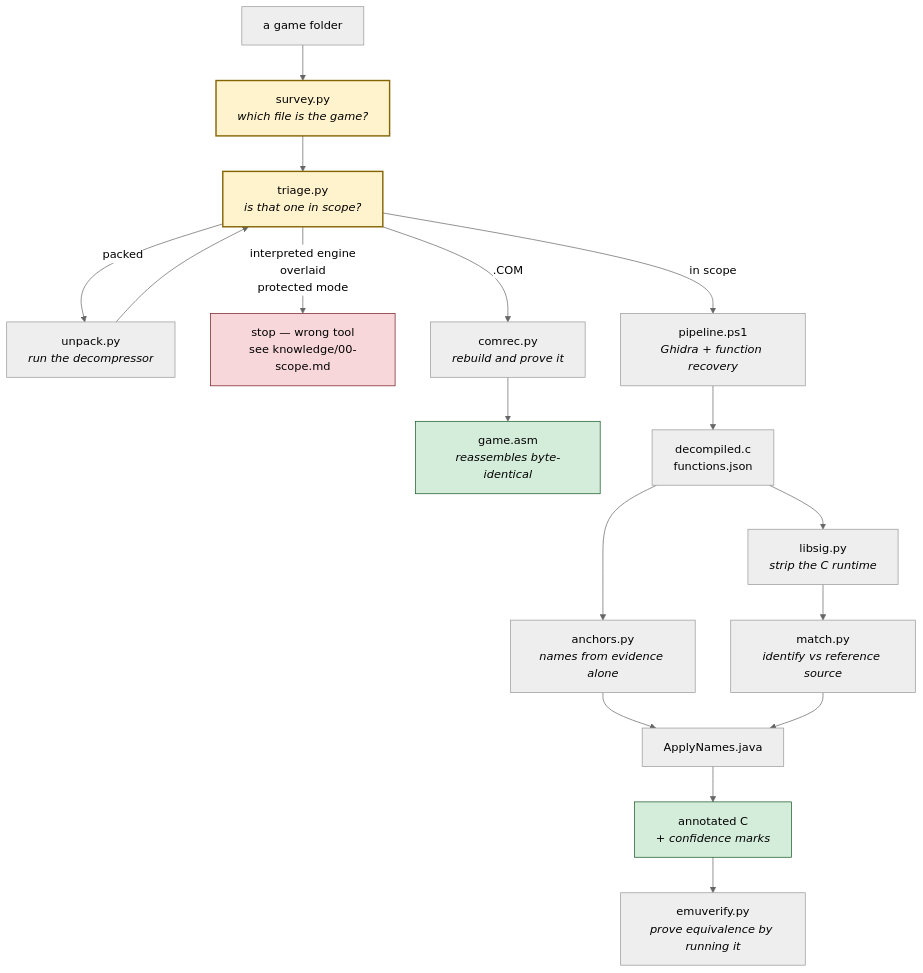
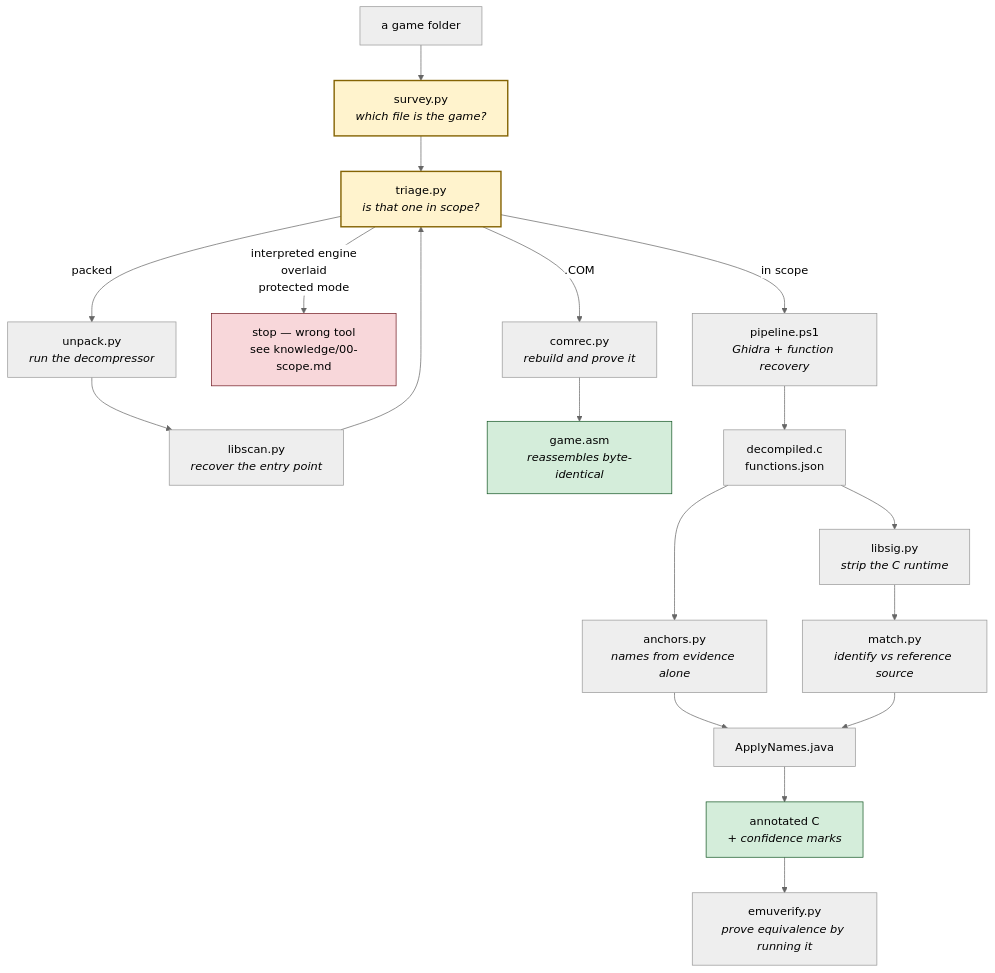
One commit to agunawijaya/dos-decompiler changed the first of 3 diagrams in README.md. Above: the diagram before and after it, drawn with Mermaid (neutral theme). The commit also changed other lines of this file and 10 other files, not shown here.

````diff
--- a/README.md
+++ b/README.md
@@ -73,25 +73,26 @@
 ```mermaid
 flowchart TD
     A["a game folder"] --> S["survey.py<br/><i>which file is the game?</i>"]
     S --> T["triage.py<br/><i>is that one in scope?</i>"]
     T -->|packed| U["unpack.py<br/><i>run the decompressor</i>"]
-    U --> T
+    U --> LS["libscan.py<br/><i>recover the entry point</i>"]
+    LS --> T
     T -->|"interpreted engine<br/>overlaid<br/>protected mode"| X["stop — wrong tool<br/>see knowledge/00-scope.md"]
     T -->|".COM"| C["comrec.py<br/><i>rebuild and prove it</i>"]
     C --> CB["game.asm<br/><i>reassembles byte-identical</i>"]
     T -->|in scope| P["pipeline.ps1<br/><i>Ghidra + function recovery</i>"]
     P --> F["decompiled.c<br/>functions.json"]
     F --> AN["anchors.py<br/><i>names from evidence alone</i>"]
     F --> L["libsig.py<br/><i>strip the C runtime</i>"]
     L --> M["match.py<br/><i>identify vs reference source</i>"]
     AN --> AP["ApplyNames.java"]
     M --> AP
     AP --> R["annotated C<br/><i>+ confidence marks</i>"]
     R --> E["emuverify.py<br/><i>prove equivalence by running it</i>"]
 
     style S fill:#fff3cd,stroke:#856404,stroke-width:2px
     style T fill:#fff3cd,stroke:#856404,stroke-width:2px
     style X fill:#f8d7da,stroke:#721c24
     style R fill:#d4edda,stroke:#155724
     style CB fill:#d4edda,stroke:#155724
 ```
````
